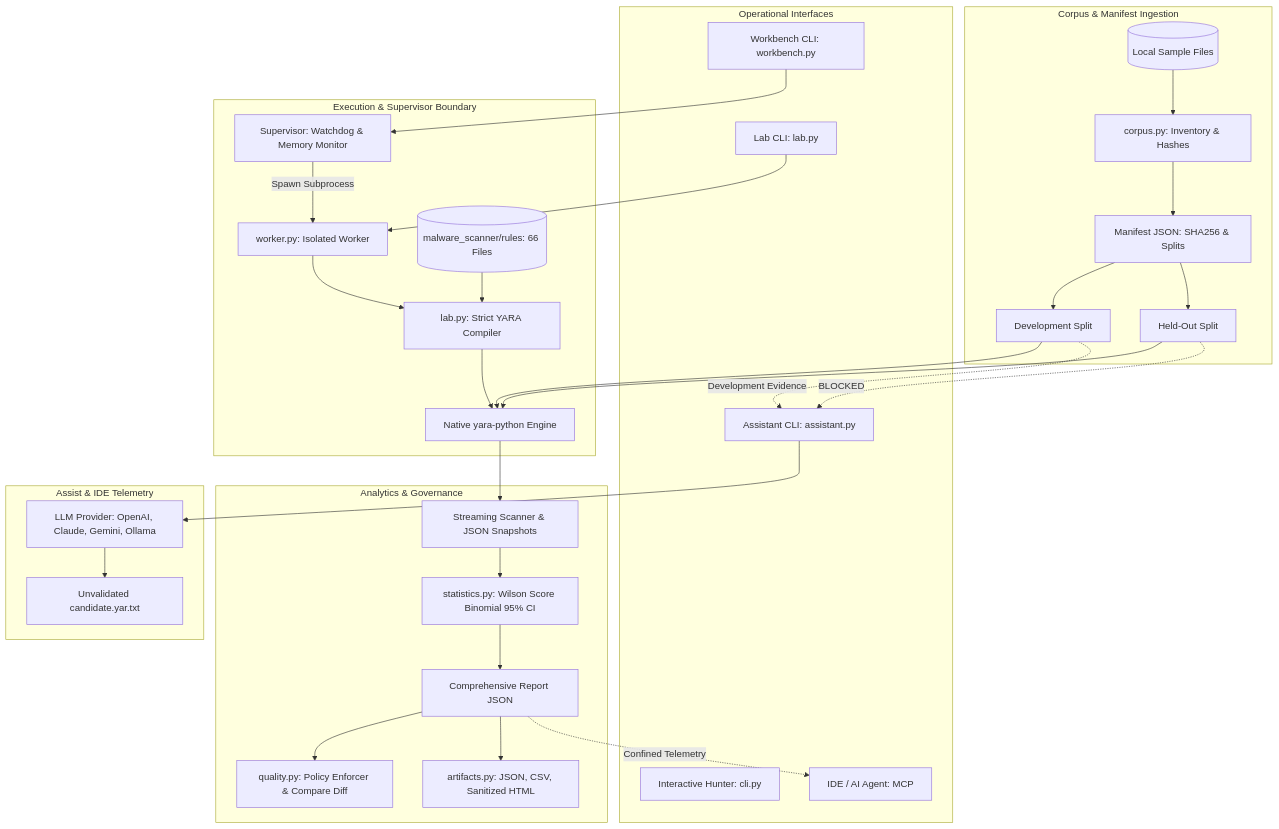
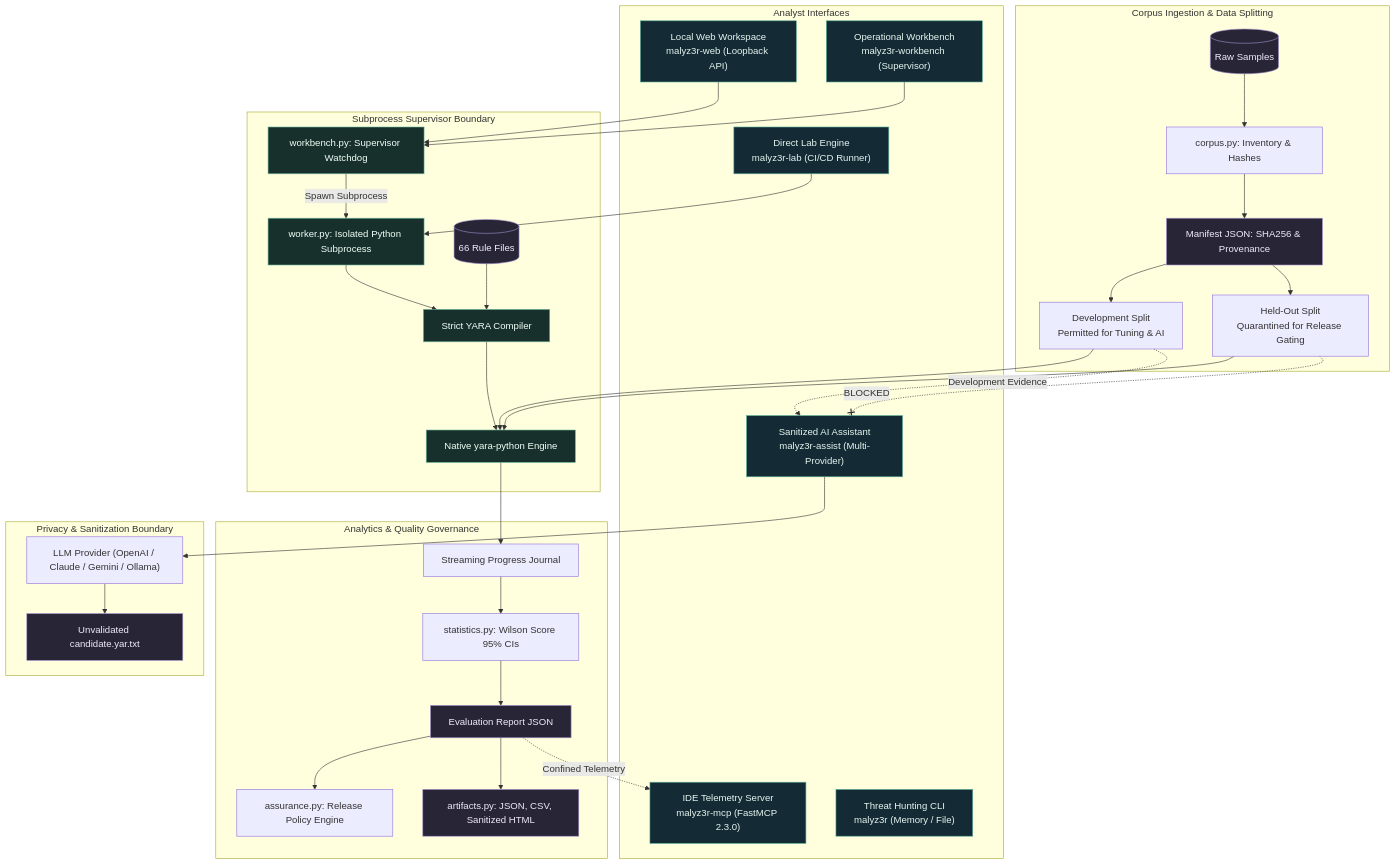
One commit to gl1tch0x1/malyz3r changed the first of 8 diagrams in README.md. Above: the diagram before and after it, drawn with Mermaid. The commit also changed other lines of this file and 30 other files, not shown here.

Commit message:
feat: integrate detection assurance web workspace, quality gating, and comprehensive documentation

````diff
--- a/README.md
+++ b/README.md
@@ -77,44 +80,53 @@
 ```mermaid
 flowchart TB
-    subgraph Operational Interfaces
-        CLI[Interactive Hunter: cli.py]
-        WB[Workbench CLI: workbench.py]
-        Direct[Lab CLI: lab.py]
-        Assist[Assistant CLI: assistant.py]
-        IDE[IDE / AI Agent: MCP]
+    subgraph Interfaces ["Analyst Interfaces"]
+        Browser["Local Web Workspace<br/>malyz3r-web (Loopback API)"]
+        WB["Operational Workbench<br/>malyz3r-workbench (Supervisor)"]
+        Direct["Direct Lab Engine<br/>malyz3r-lab (CI/CD Runner)"]
+        MCP["IDE Telemetry Server<br/>malyz3r-mcp (FastMCP 2.3.0)"]
+        Assist["Sanitized AI Assistant<br/>malyz3r-assist (Multi-Provider)"]
+        CLI["Threat Hunting CLI<br/>malyz3r (Memory / File)"]
     end
 
-    subgraph Corpus & Manifest Ingestion
-        RawCorpus[(Local Sample Files)] --> Inventory[corpus.py: Inventory & Hashes]
-        Inventory --> Manifest[Manifest JSON: SHA256 & Splits]
-        Manifest --> SplitDev[Development Split]
-        Manifest --> SplitHeld[Held-Out Split]
+    subgraph Ingestion ["Corpus Ingestion & Data Splitting"]
+        Corpus[(Raw Samples)] --> Inventory["corpus.py: Inventory & Hashes"]
+        Inventory --> Manifest["Manifest JSON: SHA256 & Provenance"]
+        Manifest --> SplitDev["Development Split<br/>Permitted for Tuning & AI"]
+        Manifest --> SplitHeld["Held-Out Split<br/>Quarantined for Release Gating"]
     end
 
-    subgraph Execution & Supervisor Boundary
-        WB --> Supervisor[Supervisor: Watchdog & Memory Monitor]
-        Supervisor -->|Spawn Subprocess| Worker[worker.py: Isolated Worker]
+    subgraph Supervisor ["Subprocess Supervisor Boundary"]
+        Browser --> Sup["workbench.py: Supervisor Watchdog"]
+        WB --> Sup
+        Sup -->|Spawn Subprocess| Worker["worker.py: Isolated Python Subprocess"]
         Direct --> Worker
-        Worker --> Compiler[lab.py: Strict YARA Compiler]
-        Rules[(malware_scanner/rules: 66 Files)] --> Compiler
-        Compiler --> Engine[Native yara-python Engine]
+        Worker --> Compiler["Strict YARA Compiler"]
+        Rules[(66 Rule Files)] --> Compiler
+        Compiler --> Engine["Native yara-python Engine"]
         SplitDev --> Engine
         SplitHeld --> Engine
     end
 
-    subgraph Analytics & Governance
-        Engine --> Streaming[Streaming Scanner & JSON Snapshots]
-        Streaming --> Stats[statistics.py: Wilson Score Binomial 95% CI]
-        Stats --> Report[Comprehensive Report JSON]
-        Report --> Quality[quality.py: Policy Enforcer & Compare Diff]
-        Report --> Export[artifacts.py: JSON, CSV, Sanitized HTML]
+    subgraph Analytics ["Analytics & Quality Governance"]
+        Engine --> Stream["Streaming Progress Journal"]
+        Stream --> Stats["statistics.py: Wilson Score 95% CIs"]
+        Stats --> Report["Evaluation Report JSON"]
+        Report --> Assurance["assurance.py: Release Policy Engine"]
+        Report --> Exports["artifacts.py: JSON, CSV, Sanitized HTML"]
     end
 
-    subgraph Assist & IDE Telemetry
+    subgraph Privacy ["Privacy & Sanitization Boundary"]
         SplitDev -. Development Evidence .-> Assist
-        SplitHeld -. BLOCKED .-> Assist
-        Assist --> AIProvider[LLM Provider: OpenAI, Claude, Gemini, Ollama]
-        AIProvider --> Candidate[Unvalidated candidate.yar.txt]
-        Report -. Confined Telemetry .-> IDE
+        SplitHeld -.-x|BLOCKED| Assist
+        Assist --> LLM["LLM Provider (OpenAI / Claude / Gemini / Ollama)"]
+        LLM --> Draft["Unvalidated candidate.yar.txt"]
+        Report -. Confined Telemetry .-> MCP
     end
+
+    classDef interface fill:#142b36,stroke:#5cae9a,color:#e5f5ef;
+    classDef supervisor fill:#18302b,stroke:#6bb69e,color:#effff8;
+    classDef storage fill:#282536,stroke:#a592cf,color:#f1eaff;
+    class Browser,WB,Direct,MCP,Assist,CLI interface;
+    class Sup,Worker,Compiler,Engine supervisor;
+    class Corpus,Manifest,Rules,Report,Exports,Draft storage;
 ```
````
